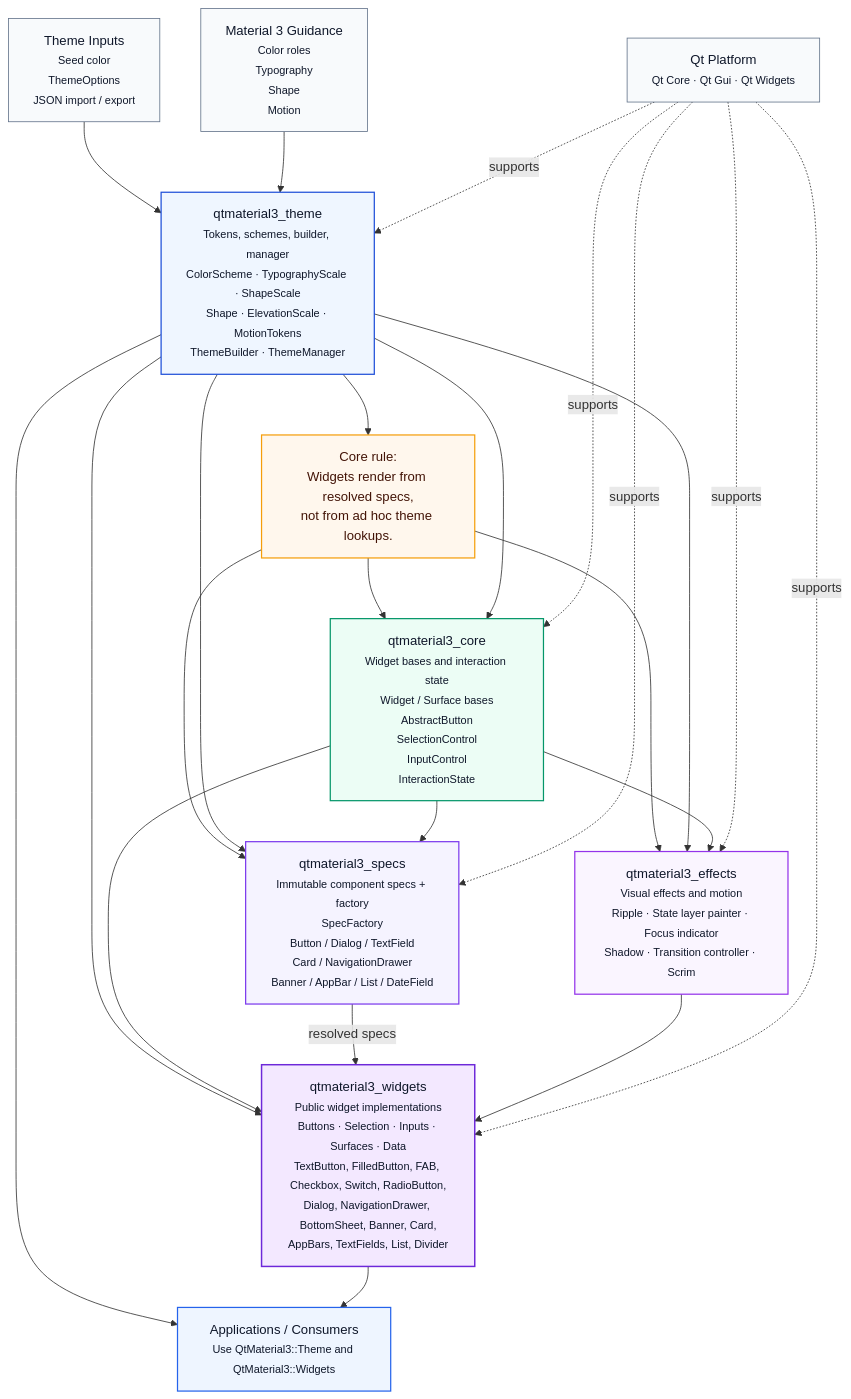
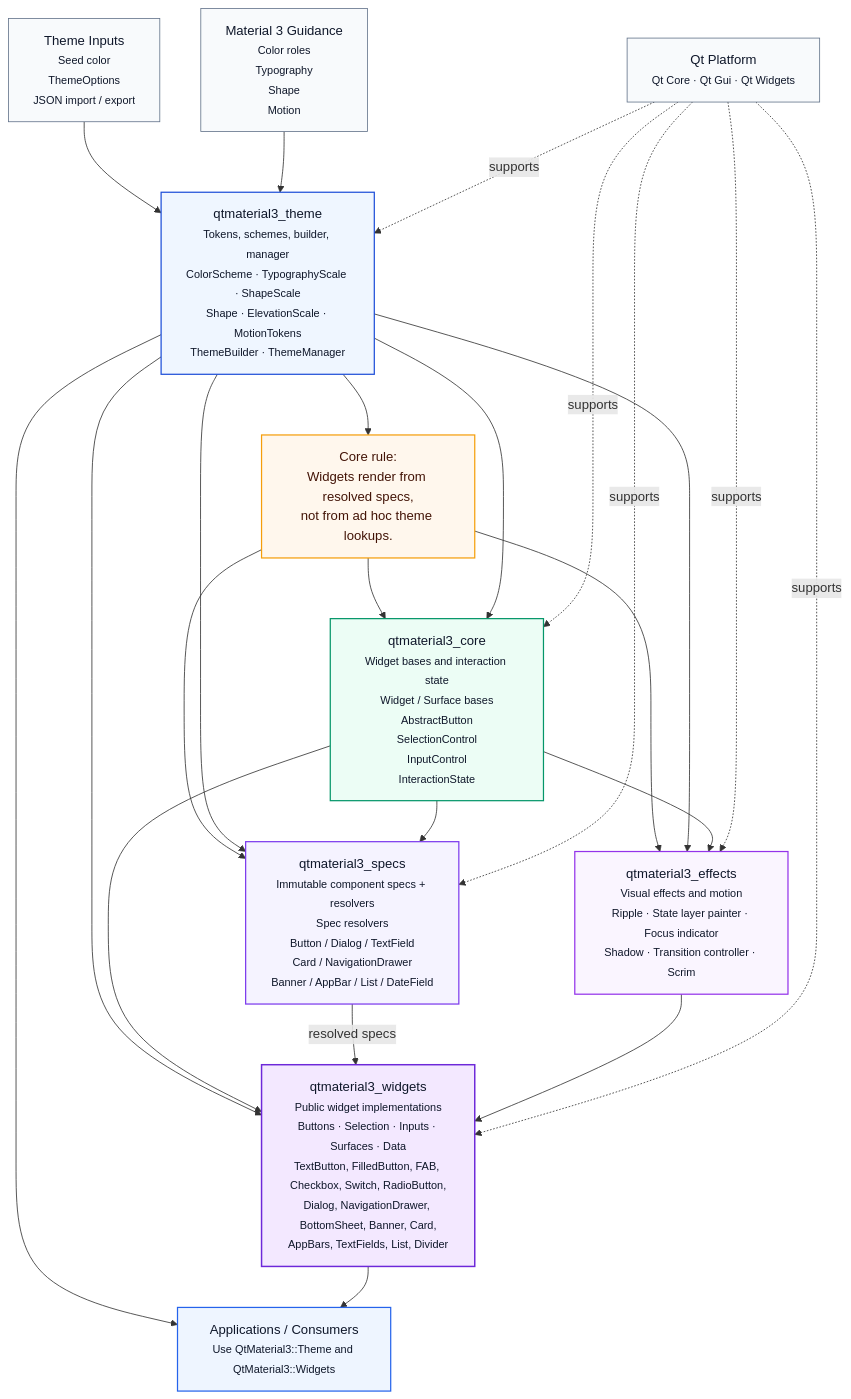
One commit to faudard/qt-material3-widget changed the first of 2 diagrams in docs/architecture/01-overview.md. Above: the diagram before and after it, drawn with Mermaid. The commit also changed other lines of this file and 31 other files, not shown here.

````diff
--- a/docs/architecture/01-overview.md
+++ b/docs/architecture/01-overview.md
@@ -11,68 +11,68 @@
 ```mermaid
 flowchart TB
     app["Applications / Consumers<br/><small>Use QtMaterial3::Theme and QtMaterial3::Widgets</small>"]
 
     inputs["Theme Inputs<br/><small>Seed color<br/>ThemeOptions<br/>JSON import / export</small>"]
     m3["Material 3 Guidance<br/><small>Color roles<br/>Typography<br/>Shape<br/>Motion</small>"]
 
     theme["qtmaterial3_theme<br/><small>Tokens, schemes, builder, manager<br/>ColorScheme · TypographyScale · ShapeScale<br/>Shape · ElevationScale · MotionTokens<br/>ThemeBuilder · ThemeManager</small>"]
 
     rule["Core rule:<br/>Widgets render from resolved specs,<br/>not from ad hoc theme lookups."]
 
     core["qtmaterial3_core<br/><small>Widget bases and interaction state<br/>Widget / Surface bases<br/>AbstractButton<br/>SelectionControl<br/>InputControl<br/>InteractionState</small>"]
 
-    specs["qtmaterial3_specs<br/><small>Immutable component specs + factory<br/>SpecFactory<br/>Button / Dialog / TextField<br/>Card / NavigationDrawer<br/>Banner / AppBar / List / DateField</small>"]
+    specs["qtmaterial3_specs<br/><small>Immutable component specs + resolvers<br/>Spec resolvers<br/>Button / Dialog / TextField<br/>Card / NavigationDrawer<br/>Banner / AppBar / List / DateField</small>"]
 
     effects["qtmaterial3_effects<br/><small>Visual effects and motion<br/>Ripple · State layer painter · Focus indicator<br/>Shadow · Transition controller · Scrim</small>"]
 
     widgets["qtmaterial3_widgets<br/><small>Public widget implementations<br/>Buttons · Selection · Inputs · Surfaces · Data<br/>TextButton, FilledButton, FAB, Checkbox, Switch, RadioButton,<br/>Dialog, NavigationDrawer, BottomSheet, Banner, Card,<br/>AppBars, TextFields, List, Divider</small>"]
 
     qt["Qt Platform<br/><small>Qt Core · Qt Gui · Qt Widgets</small>"]
 
     inputs --> theme
     m3 --> theme
 
     theme --> app
     widgets --> app
 
     theme --> rule
     rule --> core
     rule --> specs
     rule --> effects
 
     theme --> core
     theme --> specs
     theme --> effects
     theme --> widgets
 
     core --> specs
     core --> effects
     core --> widgets
 
     specs -->|"resolved specs"| widgets
     effects --> widgets
 
     qt -. supports .-> theme
     qt -. supports .-> core
     qt -. supports .-> specs
     qt -. supports .-> effects
     qt -. supports .-> widgets
 
     classDef consumer fill:#eef5ff,stroke:#2563eb,stroke-width:1.5px,color:#0f172a;
     classDef theme fill:#eff6ff,stroke:#1d4ed8,stroke-width:1.5px,color:#0f172a;
     classDef core fill:#ecfdf5,stroke:#059669,stroke-width:1.5px,color:#0f172a;
     classDef specs fill:#f5f3ff,stroke:#7c3aed,stroke-width:1.5px,color:#0f172a;
     classDef effects fill:#faf5ff,stroke:#9333ea,stroke-width:1.5px,color:#0f172a;
     classDef widgets fill:#f3e8ff,stroke:#6d28d9,stroke-width:1.8px,color:#0f172a;
     classDef support fill:#f8fafc,stroke:#64748b,stroke-width:1px,color:#0f172a;
     classDef note fill:#fff7ed,stroke:#f59e0b,stroke-width:1.5px,color:#431407;
 
     class app consumer;
     class inputs,m3,qt support;
     class theme theme;
     class core core;
     class specs specs;
     class effects effects;
     class widgets widgets;
     class rule note;
 ```
````
